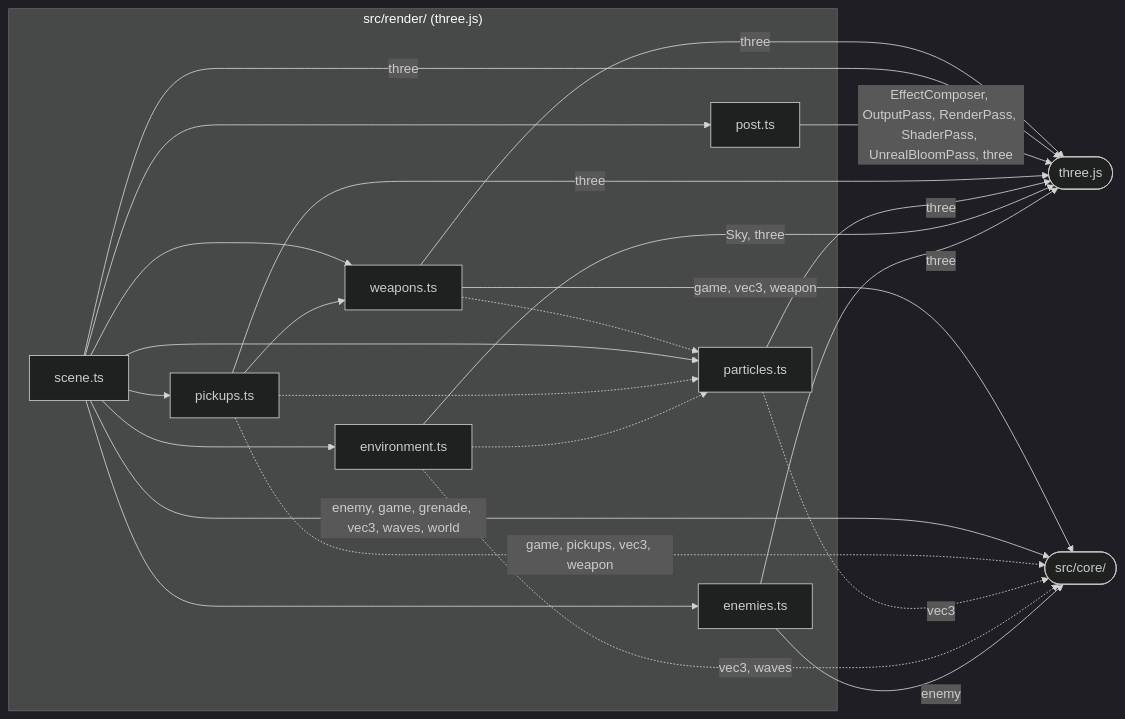
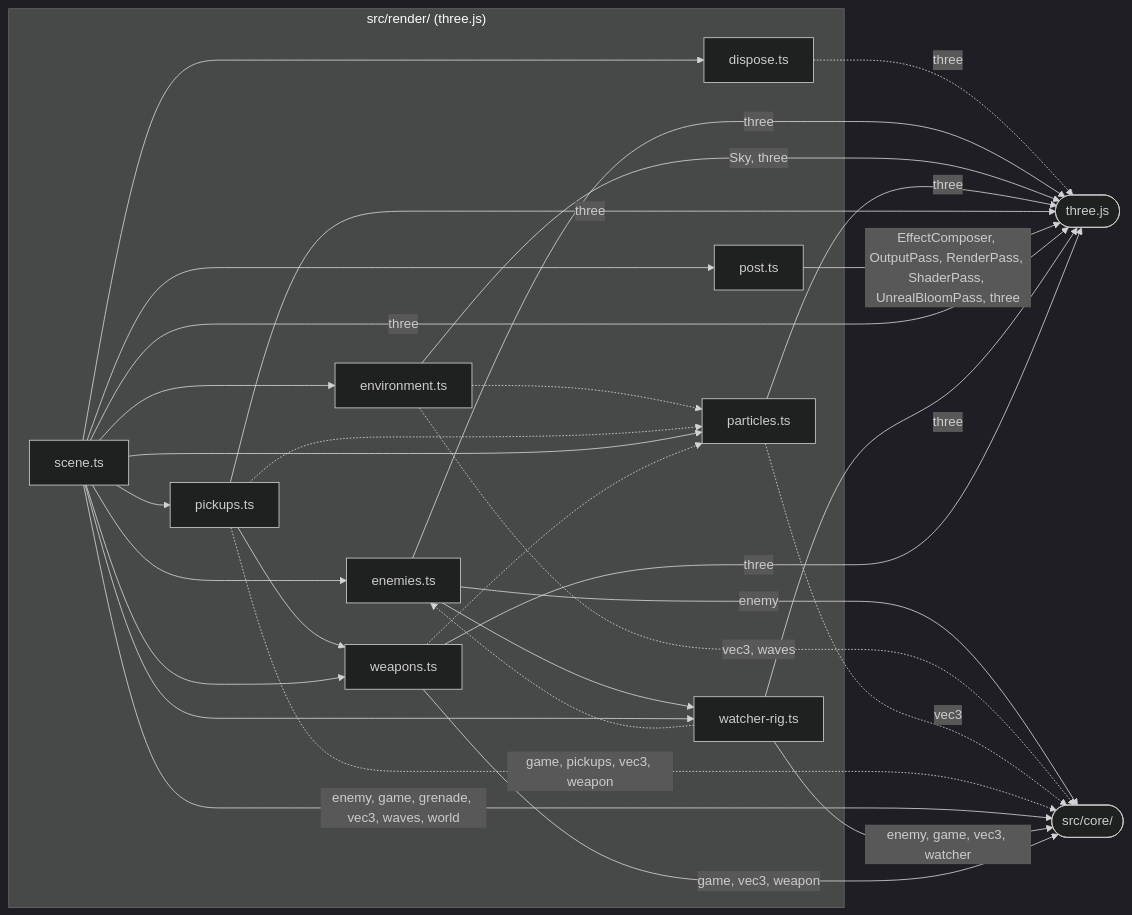
Before and after one commit to agh/ringfall: the diagram in docs/architecture/diagrams/render-components.mmd, drawn with Mermaid (dark theme). The commit also changed 14 other files, not shown here.

First line of the commit message:
docs(architecture): regenerate against main's watcher, dispose and security job

```diff
--- a/docs/architecture/diagrams/render-components.mmd
+++ b/docs/architecture/diagrams/render-components.mmd
@@ -1,36 +1,45 @@
 %%{init: {"flowchart": {"curve": "basis"}} }%%
 flowchart LR
   subgraph render["src/render/ (three.js)"]
+    render_dispose["dispose.ts"]
     render_enemies["enemies.ts"]
     render_environment["environment.ts"]
     render_particles["particles.ts"]
     render_pickups["pickups.ts"]
     render_post["post.ts"]
     render_scene["scene.ts"]
+    render_watcher-rig["watcher-rig.ts"]
     render_weapons["weapons.ts"]
   end
+  render_enemies --> render_watcher-rig
   render_environment -.-> render_particles
   render_pickups -.-> render_particles
   render_pickups --> render_weapons
+  render_scene --> render_dispose
   render_scene --> render_enemies
   render_scene --> render_environment
   render_scene --> render_particles
   render_scene --> render_pickups
   render_scene --> render_post
+  render_scene --> render_watcher-rig
   render_scene --> render_weapons
+  render_watcher-rig -.-> render_enemies
   render_weapons -.-> render_particles
   core(["src/core/"])
   three(["three.js"])
+  render_dispose -.->|"three"| three
   render_enemies -->|"three"| three
   render_enemies -->|"enemy"| core
   render_environment -->|"Sky, three"| three
   render_environment -.->|"vec3, waves"| core
   render_particles -->|"three"| three
   render_particles -.->|"vec3"| core
   render_pickups -->|"three"| three
   render_pickups -.->|"game, pickups, vec3, weapon"| core
   render_post -->|"EffectComposer, OutputPass, RenderPass, ShaderPass, UnrealBloomPass, three"| three
   render_scene -->|"three"| three
   render_scene -->|"enemy, game, grenade, vec3, waves, world"| core
+  render_watcher-rig -->|"three"| three
+  render_watcher-rig -->|"enemy, game, vec3, watcher"| core
   render_weapons -->|"three"| three
   render_weapons -->|"game, vec3, weapon"| core
```
